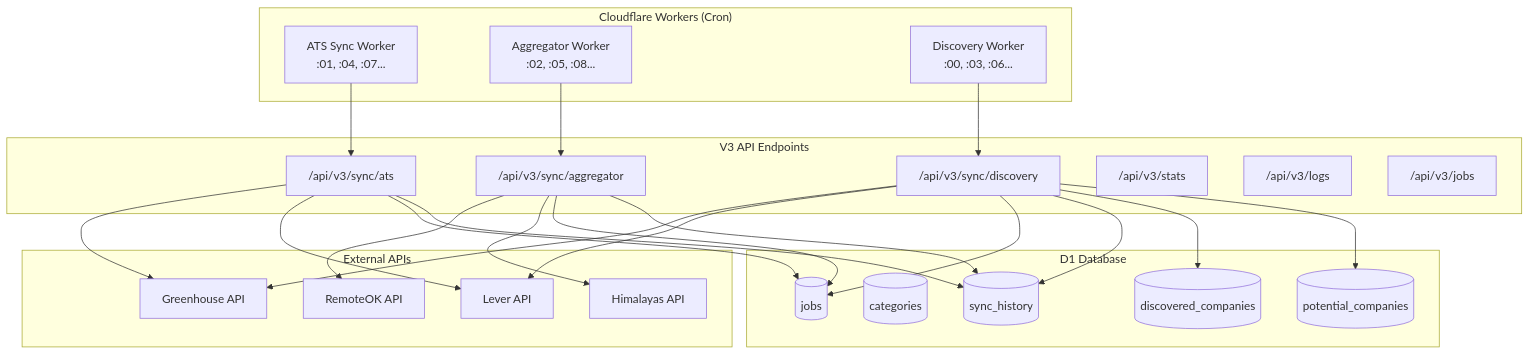
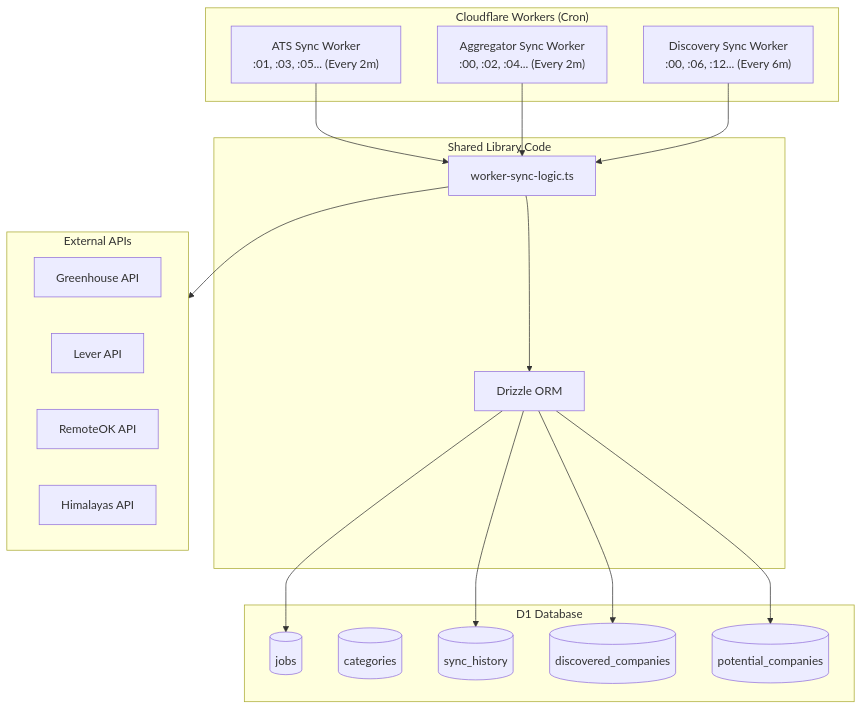
Before and after one commit to rogerleecormier/spearyx: the first of 2 diagrams in docs/jobs-sync/README.md, drawn with Mermaid. The commit also changed other lines of this file and 31 other files, not shown here.

Commit message:
feat: add Jobicy, RemoteOK, and Himalayas job sources with dedicated sync workers, API routes, and UI integration.

````diff
--- a/docs/jobs-sync/README.md
+++ b/docs/jobs-sync/README.md
@@ -45,44 +48,34 @@
 ```mermaid
 flowchart TB
     subgraph Workers["Cloudflare Workers (Cron)"]
-        ATS["ATS Sync Worker<br/>:01, :04, :07..."]
-        AGG["Aggregator Worker<br/>:02, :05, :08..."]
-        DISC["Discovery Worker<br/>:00, :03, :06..."]
+        ATS["ATS Sync Worker<br/>:01, :03, :05... (Every 2m)"]
+        AGG["Aggregator Sync Worker<br/>:00, :02, :04... (Every 2m)"]
+        DISC["Discovery Sync Worker<br/>:00, :06, :12... (Every 6m)"]
     end
     
-    subgraph API["V3 API Endpoints"]
-        ATS_API["/api/v3/sync/ats"]
-        AGG_API["/api/v3/sync/aggregator"]
-        DISC_API["/api/v3/sync/discovery"]
-        STATS["/api/v3/stats"]
-        LOGS["/api/v3/logs"]
-        JOBS["/api/v3/jobs"]
-    end
-    
-    subgraph External["External APIs"]
-        GH["Greenhouse API"]
-        LV["Lever API"]
-        RO["RemoteOK API"]
-        HM["Himalayas API"]
+    subgraph SharedLogic["Shared Library Code"]
+        Logic["worker-sync-logic.ts"]
+        Drizzle["Drizzle ORM"]
     end
     
     subgraph Database["D1 Database"]
         JOBS_TBL[(jobs)]
         CATS[(categories)]
         SYNC[(sync_history)]
         DISC_TBL[(discovered_companies)]
         POT[(potential_companies)]
     end
     
-    ATS --> ATS_API
-    AGG --> AGG_API
-    DISC --> DISC_API
+    ATS & AGG & DISC --> Logic
+    Logic --> Drizzle
+    Drizzle --> JOBS_TBL & SYNC & DISC_TBL & POT
     
-    ATS_API --> GH & LV
-    AGG_API --> RO & HM
-    DISC_API --> GH & LV
+    subgraph External["External APIs"]
+        GH["Greenhouse API"]
+        LV["Lever API"]
+        RO["RemoteOK API"]
+        HM["Himalayas API"]
+    end
     
-    ATS_API & AGG_API & DISC_API --> JOBS_TBL
-    ATS_API & AGG_API & DISC_API --> SYNC
-    DISC_API --> DISC_TBL & POT
+    Logic --> External
 ```
````
